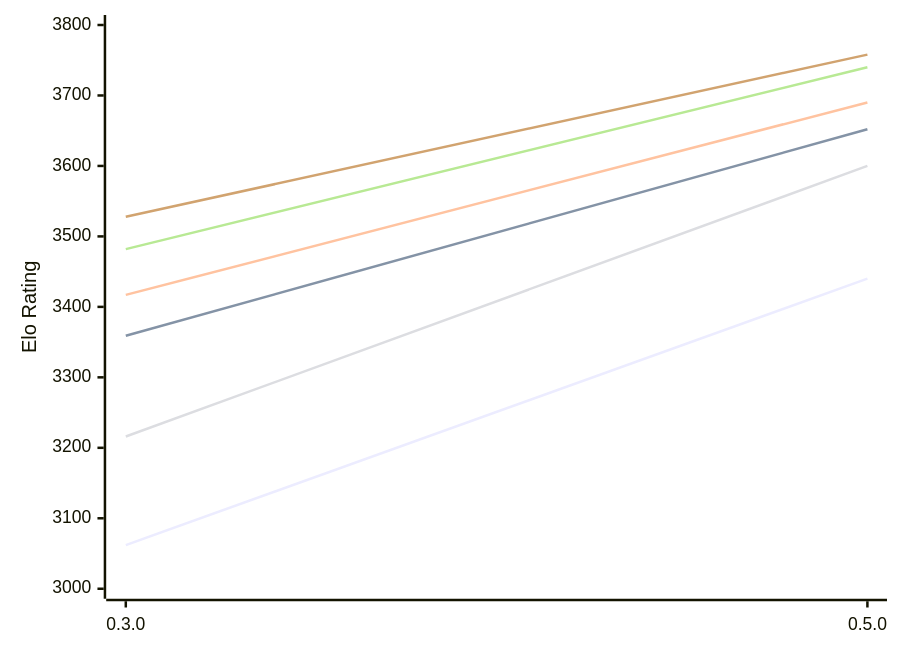
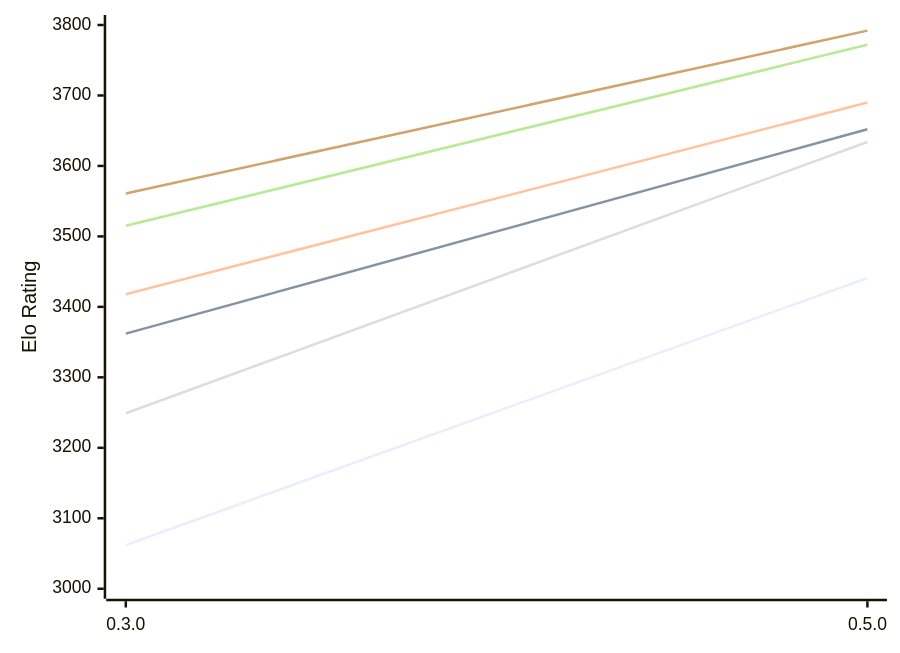
The first of 2 diagrams in engines/Justbot.md (computer-chess-index/cci), drawn with Mermaid before and after one commit. The commit also changed other lines of this file, not shown here.

Commit message:
Update CCI Ratings (ELO VLTC) - 2026-11-05

````diff
--- a/engines/Justbot.md
+++ b/engines/Justbot.md
@@ -53,12 +53,12 @@
 ```mermaid
 %%{init: {"theme":"base","themeVariables":{"seriesColors:['#a3a3a3','#222221','#faa371']}}}%%
 xychart-beta
   x-axis ["0.3.0", "0.5.0"]
   y-axis "Elo Rating" 3000 --> 3800
-  line "E1: STC (8.0+0.08s)" [3062, 3440]
-  line "E1: LTC (60.0+0.60s)" [3359, 3652]
-  line "E1: VLTC (2m24s+1.12s)" [3417, 3690]
-  line "P1: STC (8.0+0.08s)" [3216, 3600]
-  line "P1: LTC (60.0+0.60s)" [3482, 3740]
-  line "P1: VLTC (2m24s+1.12s)" [3528, 3758]
+  line "E1: STC (8.0+0.08s)" [3062, 3441]
+  line "E1: LTC (60.0+0.60s)" [3362, 3652]
+  line "E1: VLTC (2m24s+1.12s)" [3418, 3690]
+  line "P1: STC (8.0+0.08s)" [3249, 3634]
+  line "P1: LTC (60.0+0.60s)" [3515, 3772]
+  line "P1: VLTC (2m24s+1.12s)" [3561, 3792]
 ```
````
